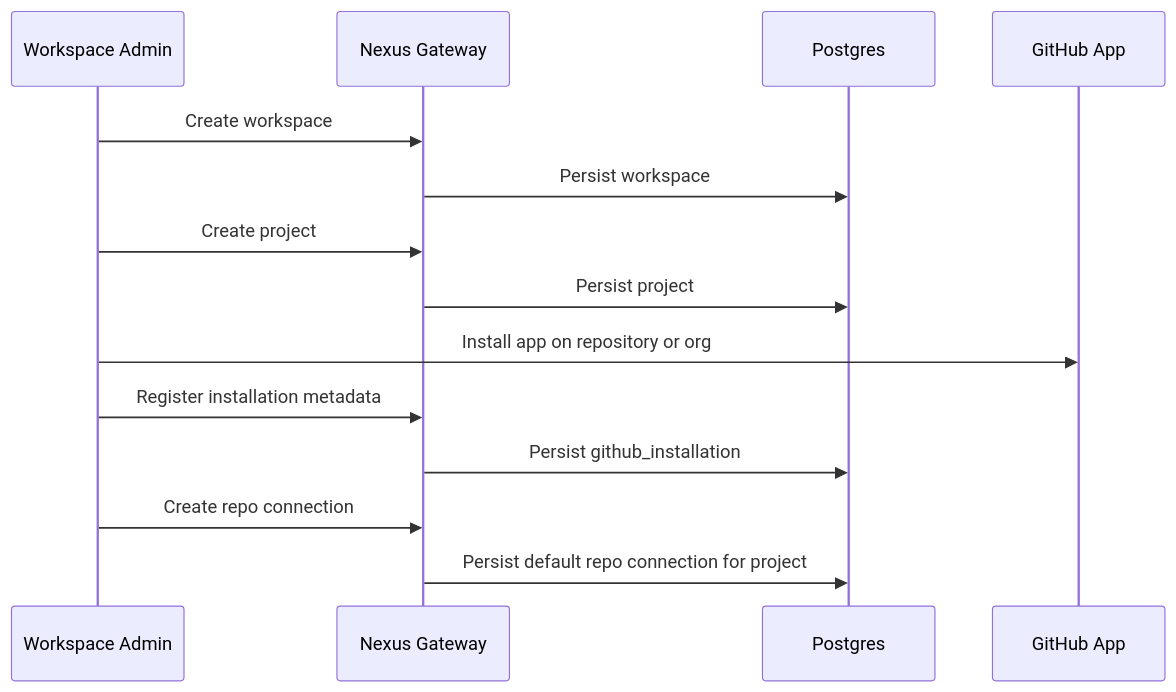
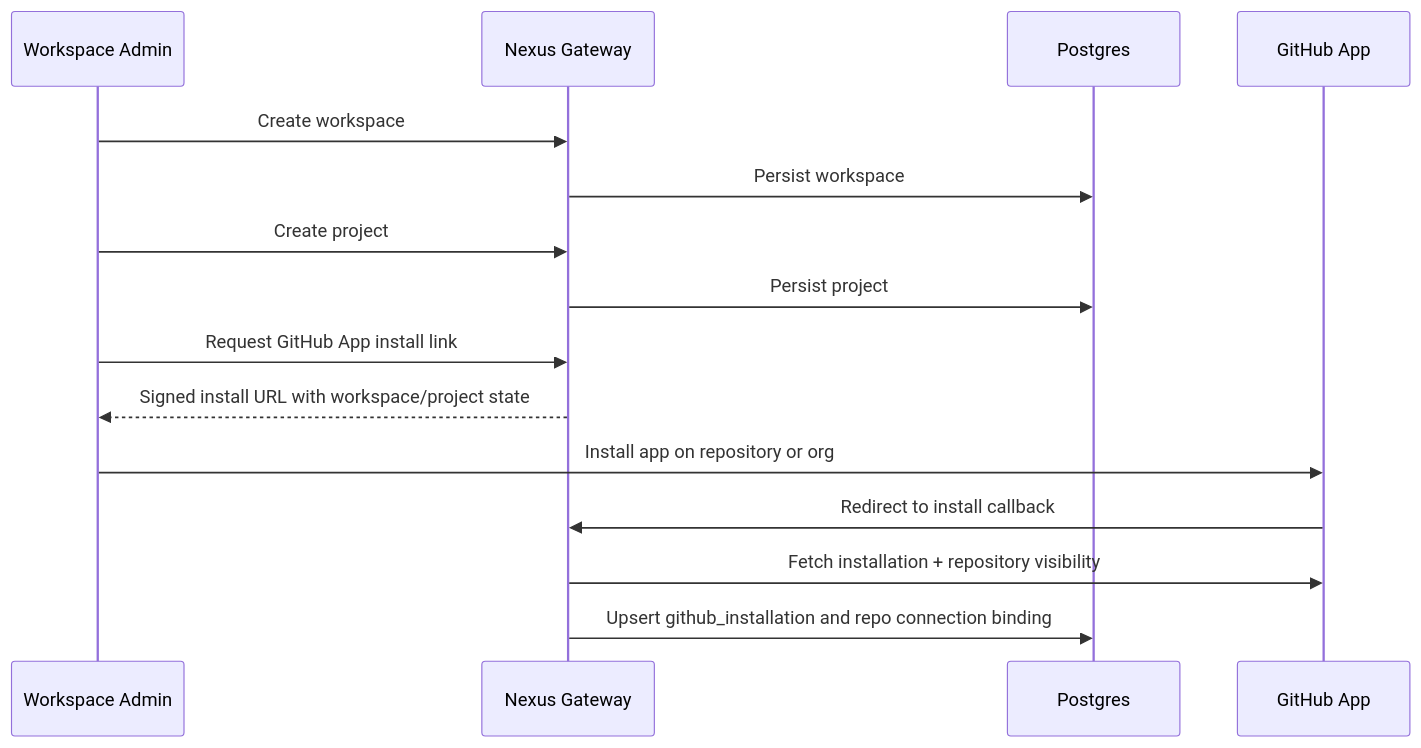
One commit to smithdavedesign/AI-Took-My-Job changed the second of 3 diagrams in README.md. Above: the diagram before and after it, drawn with Mermaid. The commit also changed other lines of this file and 15 other files, not shown here.

Commit message:
Harden widget access and onboarding flow

````diff
--- a/README.md
+++ b/README.md
@@ -123,17 +123,18 @@
 ```mermaid
 sequenceDiagram
   participant Admin as Workspace Admin
   participant Nexus as Nexus Gateway
   participant Store as Postgres
   participant GitHubApp as GitHub App
 
   Admin->>Nexus: Create workspace
   Nexus->>Store: Persist workspace
   Admin->>Nexus: Create project
   Nexus->>Store: Persist project
+  Admin->>Nexus: Request GitHub App install link
+  Nexus-->>Admin: Signed install URL with workspace/project state
   Admin->>GitHubApp: Install app on repository or org
-  Admin->>Nexus: Register installation metadata
-  Nexus->>Store: Persist github_installation
-  Admin->>Nexus: Create repo connection
-  Nexus->>Store: Persist default repo connection for project
+  GitHubApp->>Nexus: Redirect to install callback
+  Nexus->>GitHubApp: Fetch installation + repository visibility
+  Nexus->>Store: Upsert github_installation and repo connection binding
 ```
````
